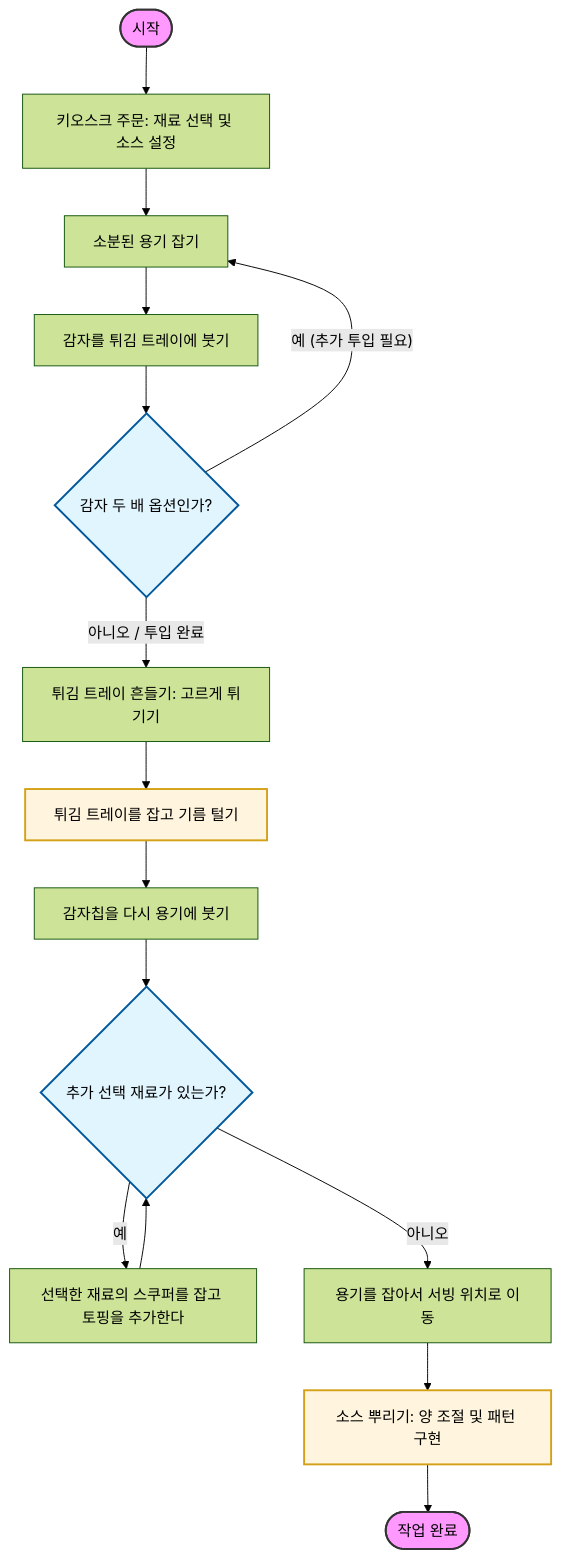
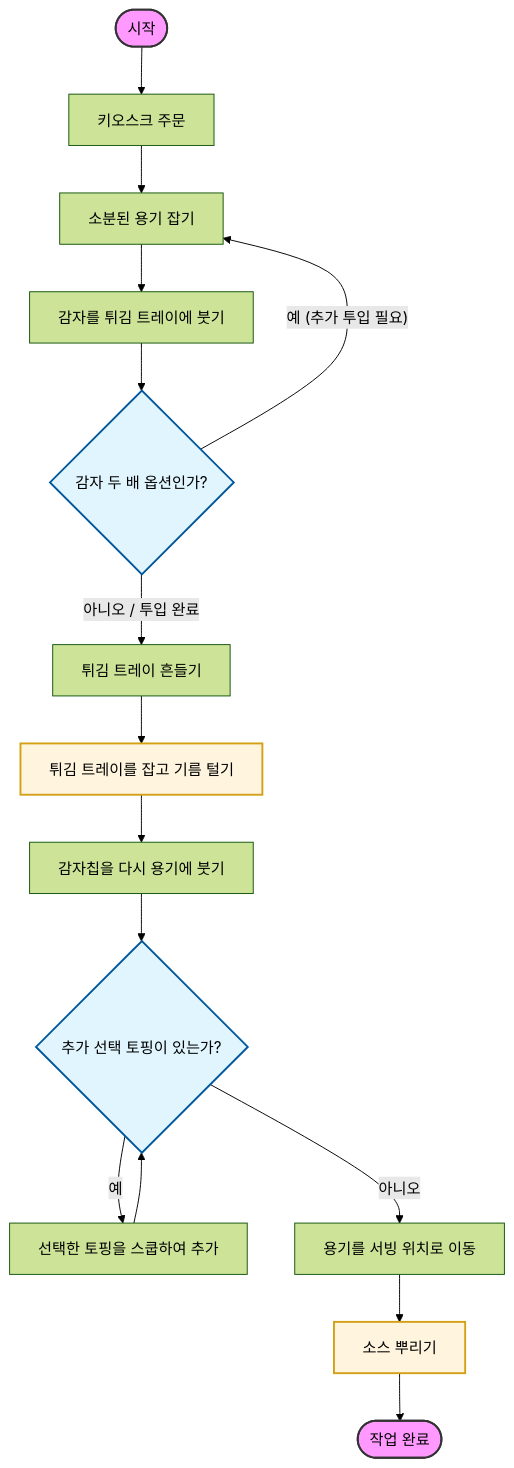
Before and after one commit to winnercalvin/robotarm_ws: the diagram in README.md, drawn with Mermaid (forest theme).

````diff
--- a/README.md
+++ b/README.md
@@ -12,48 +12,48 @@
 ```mermaid
 graph TD
     %% 시작 및 주문 단계
-    Start([시작]) --> Kiosk[키오스크 주문: 재료 선택 및 소스 설정]
+    Start([시작]) --> Kiosk[키오스크 주문]
     Kiosk --> GrabContainer[소분된 용기 잡기]
 
     %% 조리 단계
     GrabContainer --> PourPotato[감자를 튀김 트레이에 붓기]
     
     %% 감자 두 배 확인 루프 추가
     PourPotato --> CheckDouble{감자 두 배 옵션인가?}
     CheckDouble -- "예 (추가 투입 필요)" --> GrabContainer
-    CheckDouble -- "아니오 / 투입 완료" --> ShakeTray[튀김 트레이 흔들기: 고르게 튀기기]
+    CheckDouble -- "아니오 / 투입 완료" --> ShakeTray[튀김 트레이 흔들기]
     
     %% 조리 후 처리
     ShakeTray --> DrainOil[튀김 트레이를 잡고 기름 털기]
     DrainOil --> PourToContainer[감자칩을 다시 용기에 붓기]
 
     %% 추가 재료 확인 루프 (텍스트 수정됨)
-    PourToContainer --> CheckExtra{추가 선택 재료가 있는가?}
-    CheckExtra -- "예" --> GrabExtra[선택한 재료의 스쿠퍼를 잡고 토핑을 추가한다]
+    PourToContainer --> CheckExtra{추가 선택 토핑이 있는가?}
+    CheckExtra -- "예" --> GrabExtra[선택한 토핑을 스쿱하여 추가]
     GrabExtra --> CheckExtra
     
     %% 서빙 후 소스 뿌리기
-    CheckExtra -- "아니오" --> Serving[용기를 잡아서 서빙 위치로 이동]
+    CheckExtra -- "아니오" --> Serving[용기를 서빙 위치로 이동]
 
     %% 마무리
-    Serving --> DrizzleSource[소스 뿌리기: 양 조절 및 패턴 구현]
+    Serving --> DrizzleSource[소스 뿌리기]
     DrizzleSource --> End([작업 완료])
 
     %% 스타일링 적용
     style DrainOil fill:#fff4dd,stroke:#d4a017,stroke-width:2px
     style DrizzleSource fill:#fff4dd,stroke:#d4a017,stroke-width:2px
     style CheckExtra fill:#e1f5fe,stroke:#01579b,stroke-width:2px
     style CheckDouble fill:#e1f5fe,stroke:#01579b,stroke-width:2px
     
     %% 기본 스타일링
     style Start fill:#f9f,stroke:#333,stroke-width:2px
     style End fill:#f9f,stroke:#333,stroke-width:2px
     
     %% 링크 설정
-    click Kiosk "[https://www.notion.so/30cffad12169807e805afd087d8435c3?source=copy_link](https://www.notion.so/30cffad12169807e805afd087d8435c3?source=copy_link)" "kiosk"
-    click GrabContainer "[https://www.notion.so/30dffad12169800ba40df3456e3fa4e8?source=copy_link](https://www.notion.so/30dffad12169800ba40df3456e3fa4e8?source=copy_link)"
-    click PourPotato "[https://www.notion.so/311ffad121698087a3a7c8a90ac922f3?source=copy_link](https://www.notion.so/311ffad121698087a3a7c8a90ac922f3?source=copy_link)"
-    click ShakeTray "[https://www.notion.so/311ffad1216980b19bfdcab6b99ec816?source=copy_link](https://www.notion.so/311ffad1216980b19bfdcab6b99ec816?source=copy_link)" "shake"
-    click DrainOil "[https://www.notion.so/30cffad1216980b3aad8c5f9b16c4f7b?source=copy_link](https://www.notion.so/30cffad1216980b3aad8c5f9b16c4f7b?source=copy_link)" "drainoil"
-    click DrizzleSource "[https://www.notion.so/30dffad121698026a843cc4f6843f982?source=copy_link](https://www.notion.so/30dffad121698026a843cc4f6843f982?source=copy_link)" "source"
+    click Kiosk "https://www.notion.so/30cffad12169807e805afd087d8435c3?source=copy_link" "kiosk"
+    click GrabContainer "https://www.notion.so/30dffad12169800ba40df3456e3fa4e8?source=copy_link"
+    click PourPotato "https://www.notion.so/311ffad121698087a3a7c8a90ac922f3?source=copy_link"
+    click ShakeTray "https://www.notion.so/311ffad1216980b19bfdcab6b99ec816?source=copy_link" "shake"
+    click DrainOil "https://www.notion.so/30cffad1216980b3aad8c5f9b16c4f7b?source=copy_link" "drainoil"
+    click DrizzleSource "https://www.notion.so/30dffad121698026a843cc4f6843f982?source=copy_link" "source"
 ```
````
